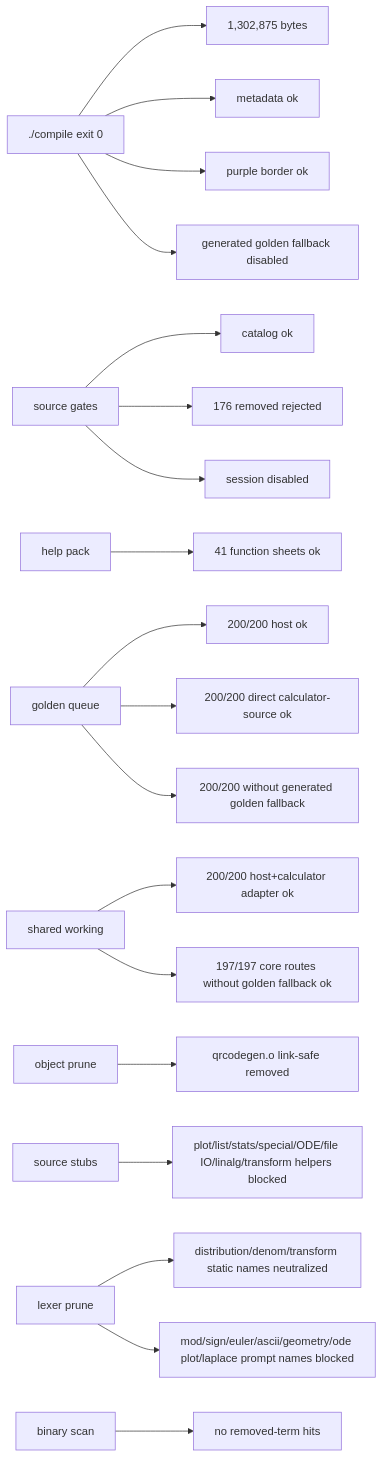
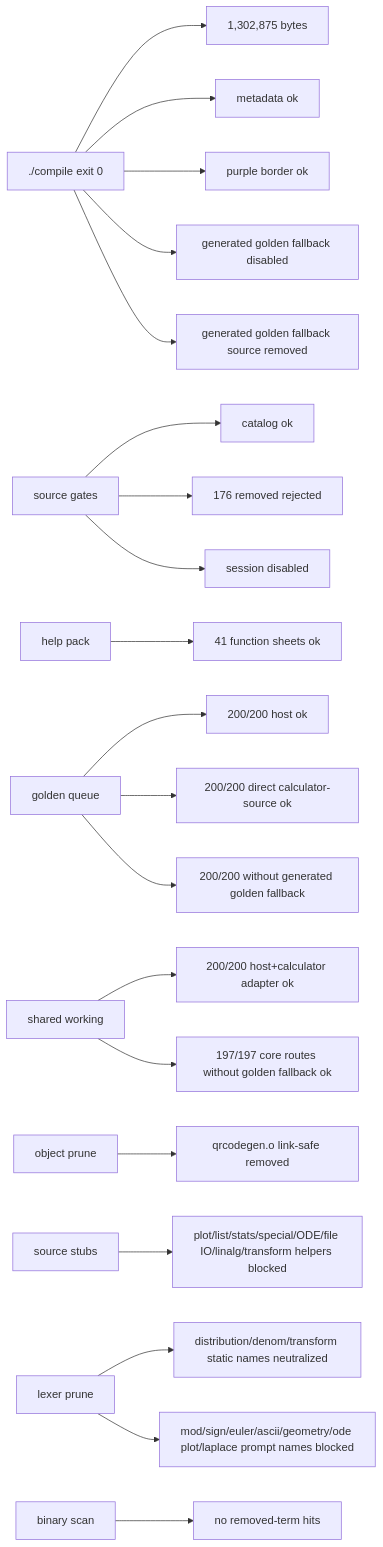
Before and after one commit to james8464/notes-addin-casio-fx-cg50: the seventh of 7 diagrams in docs/GRAPH.md, drawn with Mermaid. The commit also changed other lines of this file and 4 other files, not shown here.

Commit message:
build: remove generated golden fallback source

````diff
--- a/docs/GRAPH.md
+++ b/docs/GRAPH.md
@@ -155,21 +154,22 @@
 ```mermaid
 graph LR
   Build["./compile exit 0"] --> Size["1,302,875 bytes"]
   Build --> Meta["metadata ok"]
   Build --> Border["purple border ok"]
   Build --> NoRuntimeFallback["generated golden fallback disabled"]
+  Build --> NoRuntimeSource["generated golden fallback source removed"]
   Source["source gates"] --> Catalog["catalog ok"]
   Source --> Removed["176 removed rejected"]
   Source --> Session["session disabled"]
   Help["help pack"] --> HelpQ["41 function sheets ok"]
   Queue["golden queue"] --> QueueRun["200/200 host ok"]
   Queue --> GoldenRun["200/200 direct calculator-source ok"]
   Queue --> NoGolden["200/200 without generated golden fallback"]
   Shared["shared working"] --> SharedRun["200/200 host+calculator adapter ok"]
   Shared --> CoreRun["197/197 core routes without golden fallback ok"]
   Obj["object prune"] --> QR["qrcodegen.o link-safe removed"]
   Macro["source stubs"] --> Stubbed["plot/list/stats/special/ODE/file IO/linalg/transform helpers blocked"]
   Static["lexer prune"] --> StaticRun["distribution/denom/transform static names neutralized"]
   Static --> PromptRun["mod/sign/euler/ascii/geometry/ode plot/laplace prompt names blocked"]
   Bin["binary scan"] --> NoLeak["no removed-term hits"]
 ```
````
